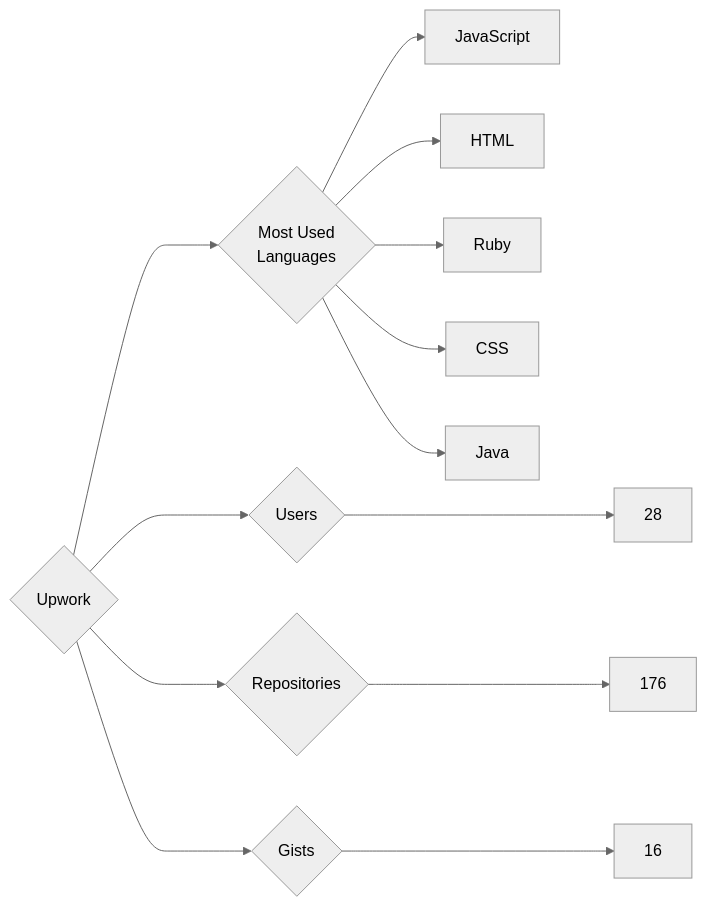
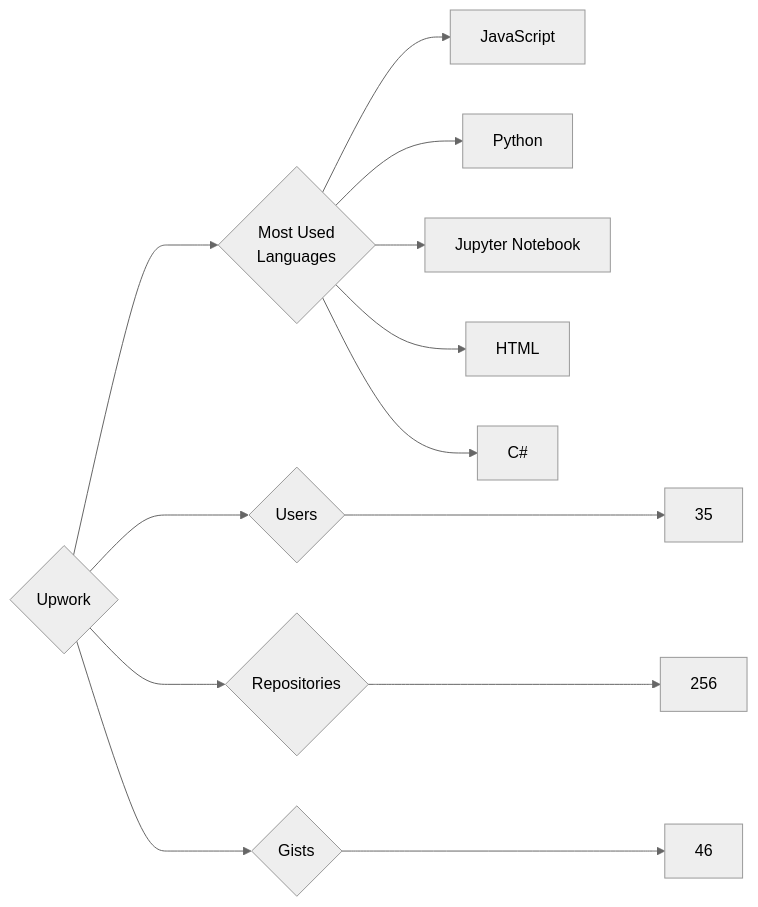
Before and after one commit to trickest/insiders: the diagram in targets/Upwork/README.md, drawn with Mermaid (neutral theme). The commit also changed 886 other files, not shown here.

````diff
--- a/targets/Upwork/README.md
+++ b/targets/Upwork/README.md
@@ -3,13 +3,13 @@
 ```mermaid
 graph LR
 COMPANY_NAME{Upwork}
-COMPANY_NAME ---> U{Users} ---> UN[28]
-COMPANY_NAME ---> R{Repositories} ---> RN[176]
-COMPANY_NAME ---> G{Gists} ---> GN[16]
+COMPANY_NAME ---> U{Users} ---> UN[35]
+COMPANY_NAME ---> R{Repositories} ---> RN[256]
+COMPANY_NAME ---> G{Gists} ---> GN[46]
 COMPANY_NAME ---> ML{Most Used<br>Languages}
 ML --> JavaScript[JavaScript]
+ML --> Python[Python]
+ML --> Jupyter_Notebook[Jupyter Notebook]
 ML --> HTML[HTML]
-ML --> Ruby[Ruby]
-ML --> CSS[CSS]
-ML --> Java[Java]
+ML --> C#[C#]
 ```
````
